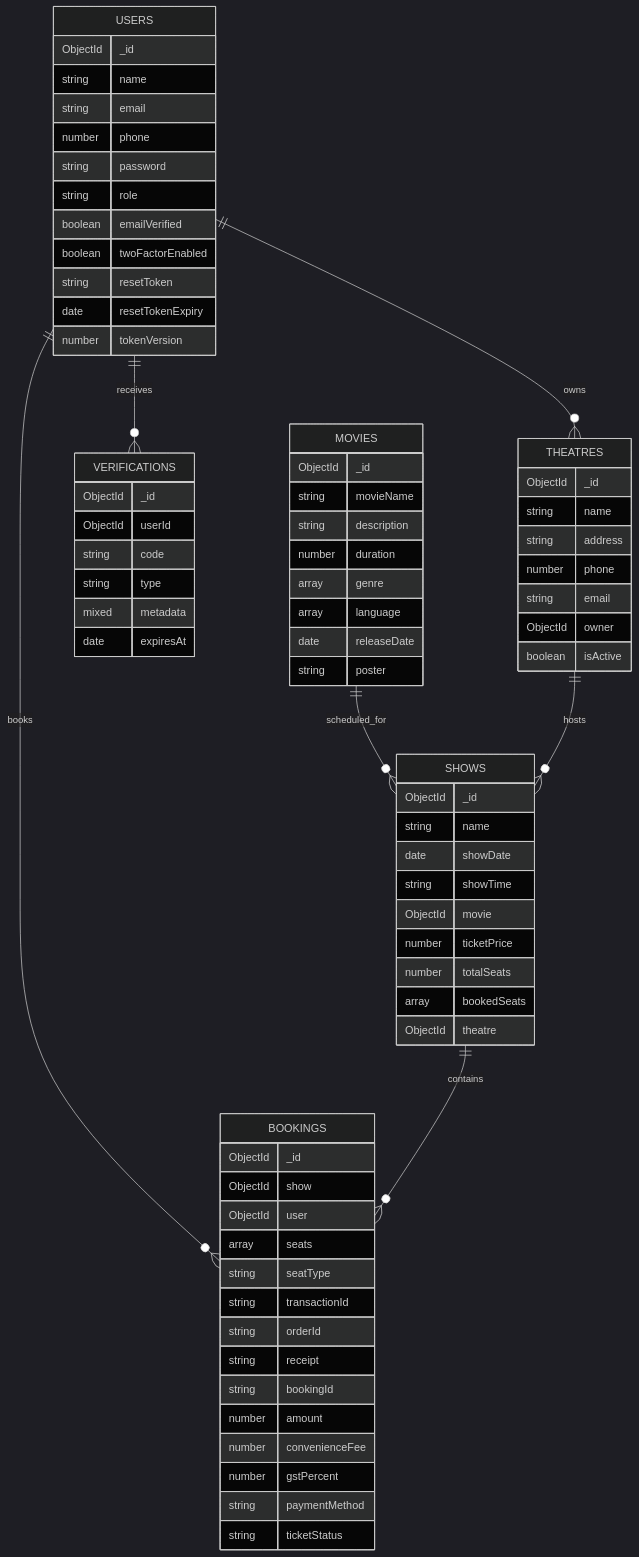
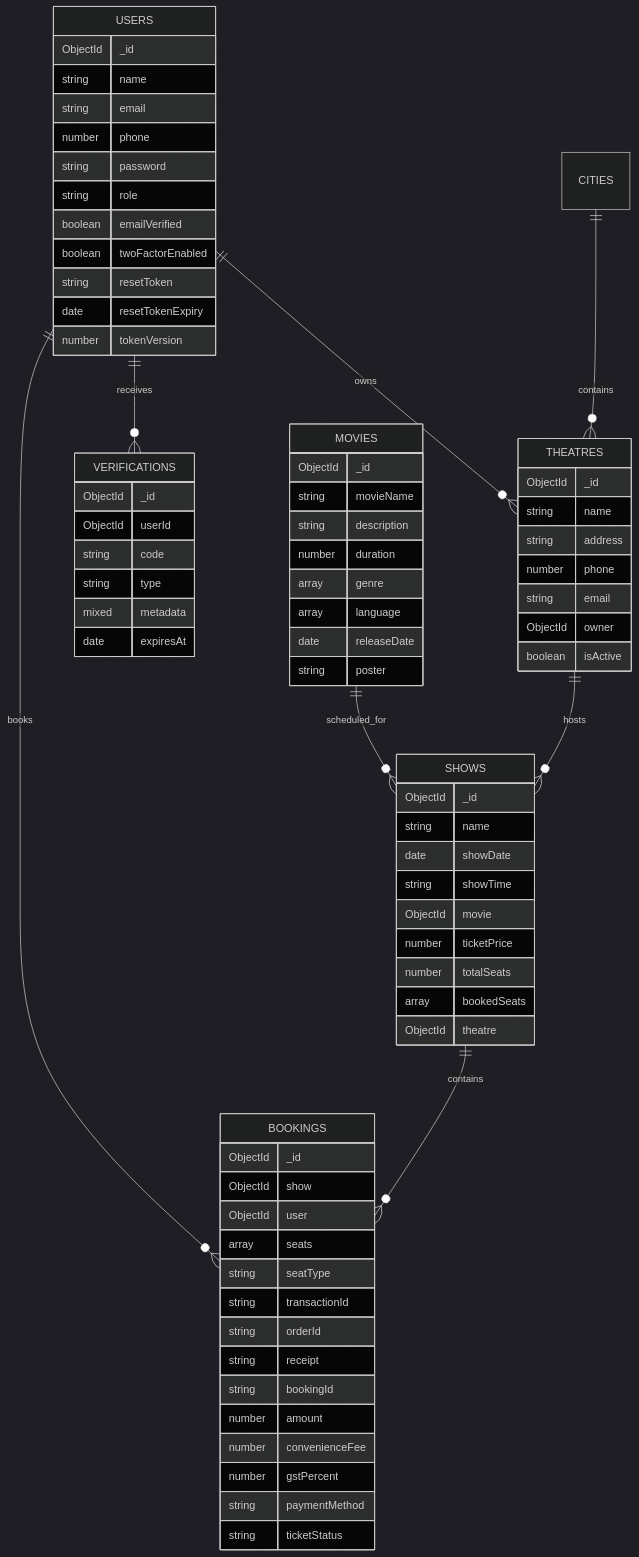
Before and after one commit to Shravan-509/BookMyShow: the seventh of 10 diagrams in docs/PROJECT_DOCUMENTATION.md, drawn with Mermaid (dark theme). The commit also changed other lines of this file and 36 other files, not shown here.

```diff
--- a/docs/PROJECT_DOCUMENTATION.md
+++ b/docs/PROJECT_DOCUMENTATION.md
@@ -500,6 +517,7 @@
 erDiagram
 
     USERS ||--o{ THEATRES : owns
+    CITIES ||--o{ THEATRES : contains
     USERS ||--o{ BOOKINGS : books
     USERS ||--o{ VERIFICATIONS : receives
 
```
